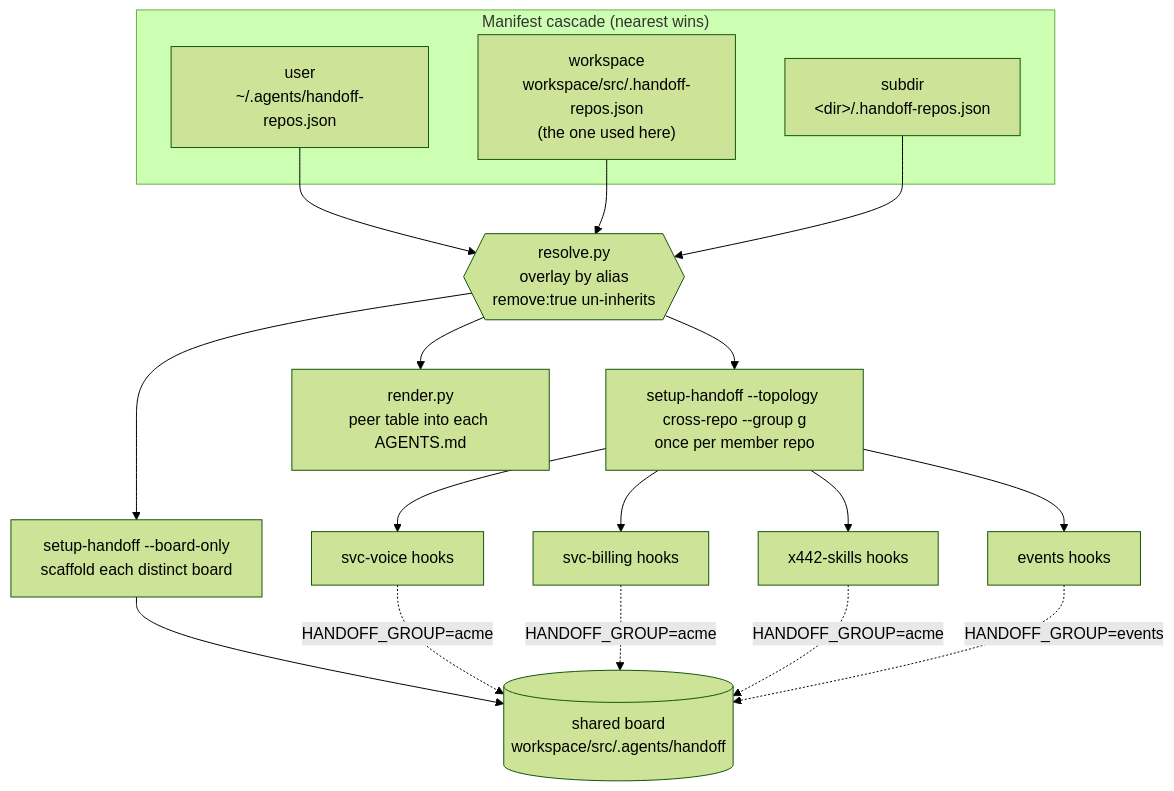
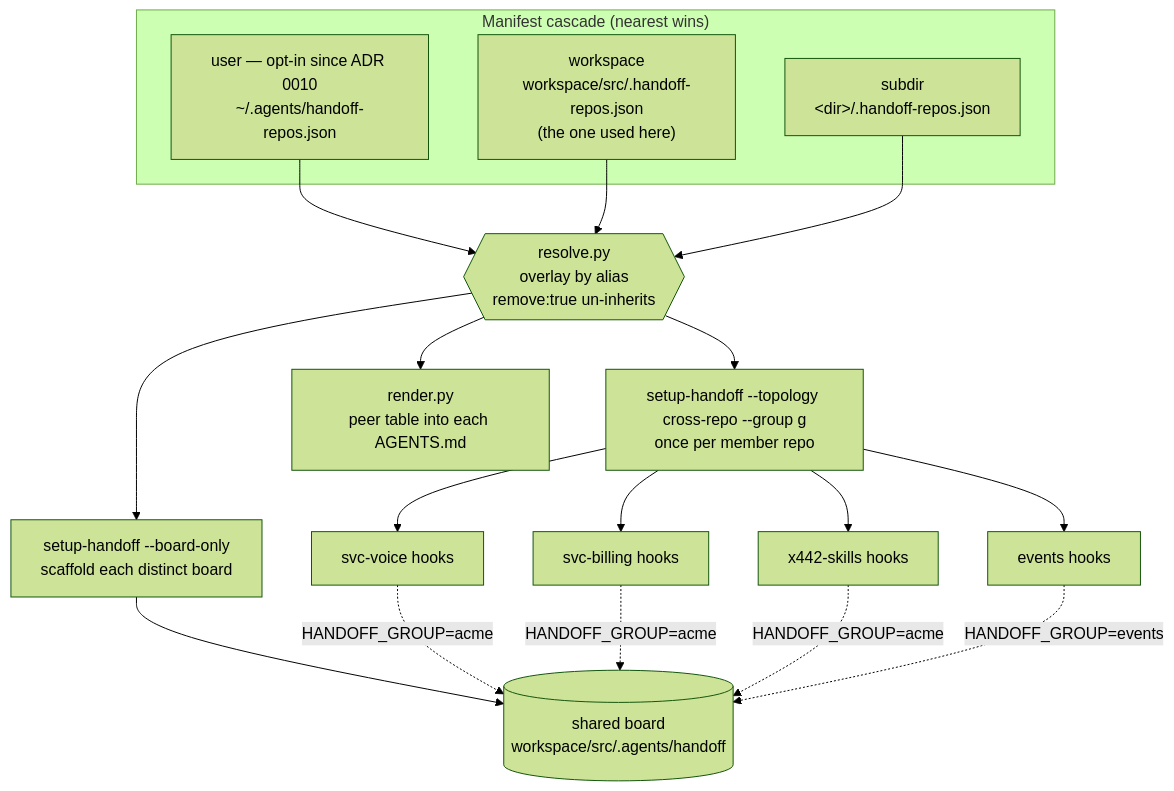
The first of 2 diagrams in docs/cross-repo-handoff-usage-record.md (xyzxyz442/x442-skills), drawn with Mermaid (forest theme) before and after one commit. The commit also changed other lines of this file and 4 other files, not shown here.

````diff
--- a/docs/cross-repo-handoff-usage-record.md
+++ b/docs/cross-repo-handoff-usage-record.md
@@ -173,23 +173,23 @@
 ```mermaid
 flowchart TD
     subgraph cascade["Manifest cascade (nearest wins)"]
-        U["user<br/>~/.agents/handoff-repos.json"]
+        U["user — opt-in since ADR 0010<br/>~/.agents/handoff-repos.json"]
         W["workspace<br/>workspace/src/.handoff-repos.json<br/>(the one used here)"]
         S["subdir<br/>&lt;dir&gt;/.handoff-repos.json"]
     end
     U --> R{{"resolve.py<br/>overlay by alias<br/>remove:true un-inherits"}}
     W --> R
     S --> R
     R --> B["setup-handoff --board-only<br/>scaffold each distinct board"]
     R --> M["setup-handoff --topology cross-repo --group g<br/>once per member repo"]
     R --> X["render.py<br/>peer table into each AGENTS.md"]
     B --> BD[("shared board<br/>workspace/src/.agents/handoff")]
     M --> H1["svc-voice hooks"]
     M --> H2["svc-billing hooks"]
     M --> H3["x442-skills hooks"]
     M --> H4["events hooks"]
     H1 -.->|HANDOFF_GROUP=acme| BD
     H2 -.->|HANDOFF_GROUP=acme| BD
     H3 -.->|HANDOFF_GROUP=acme| BD
     H4 -.->|HANDOFF_GROUP=events| BD
 ```
````
